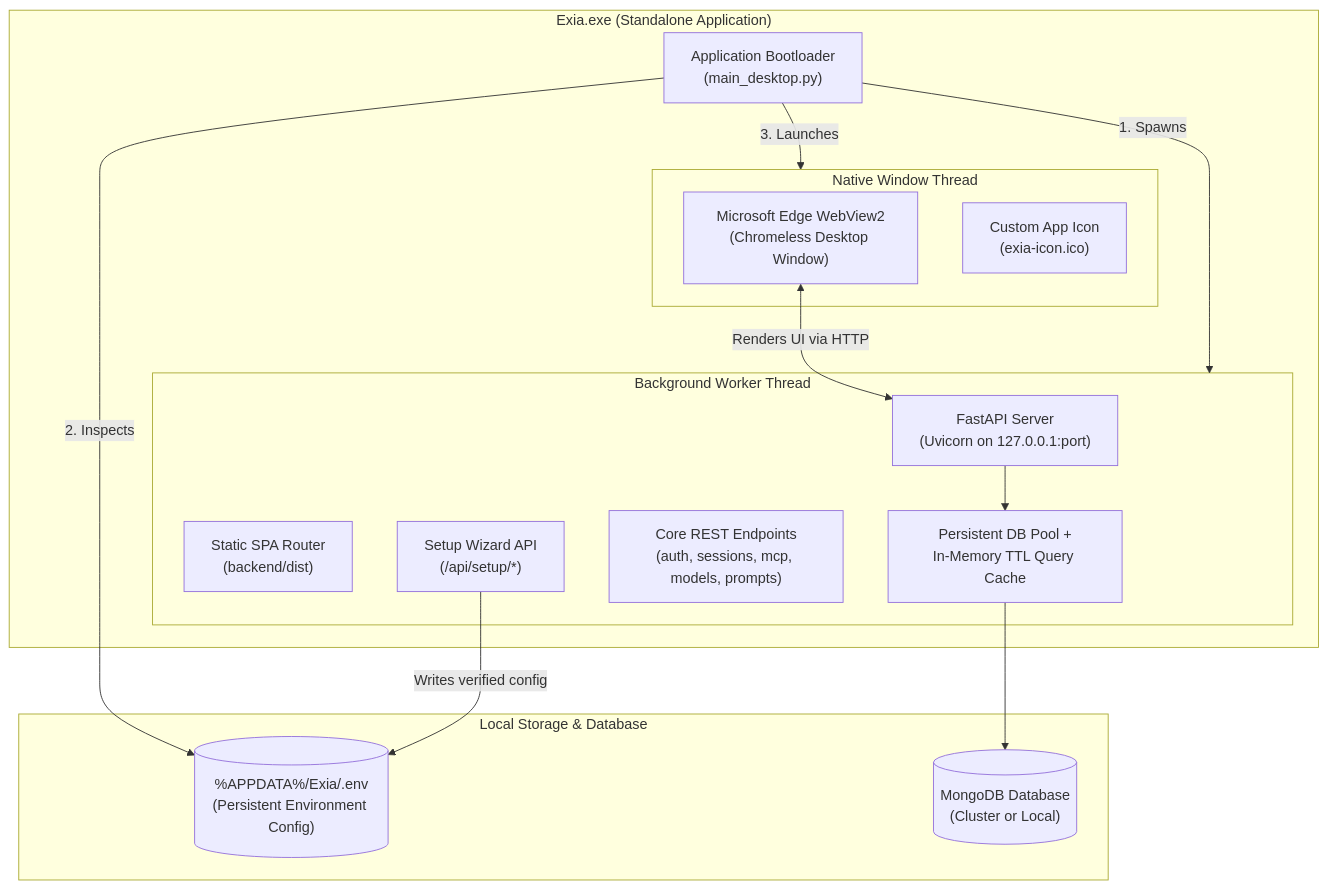
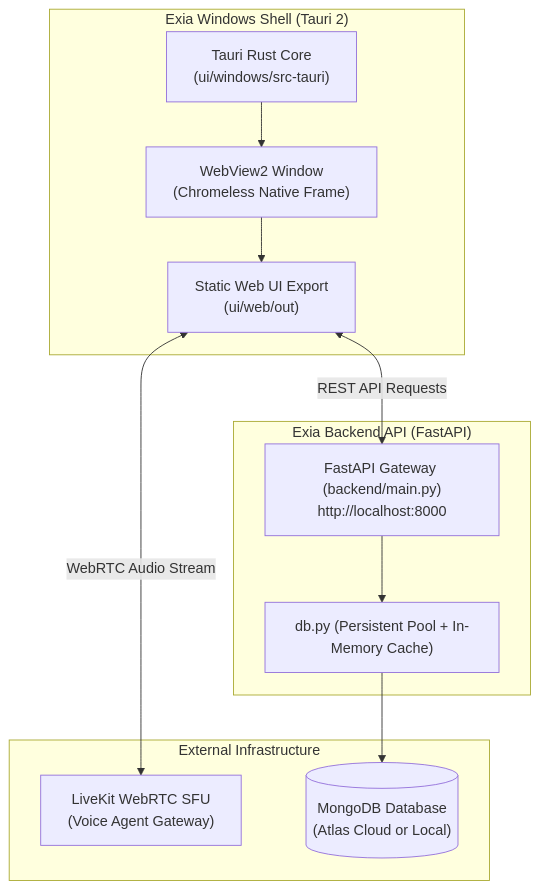
Before and after one commit to arpanchakraborty23/Exia: the diagram in docs/desktop-architecture.md, drawn with Mermaid. The commit also changed other lines of this file and 23 other files, not shown here.

First line of the commit message:
Remove desktop-specific files and update environment handling

````diff
--- a/docs/desktop-architecture.md
+++ b/docs/desktop-architecture.md
@@ -11,32 +11,25 @@
 ```mermaid
 flowchart TD
-    subgraph Executable ["Exia.exe (Standalone Application)"]
-        Launcher["Application Bootloader<br/>(main_desktop.py)"]
-        
-        subgraph ServerThread ["Background Worker Thread"]
-            FastAPIServer["FastAPI Server<br/>(Uvicorn on 127.0.0.1:port)"]
-            StaticRouter["Static SPA Router<br/>(backend/dist)"]
-            SetupRouter["Setup Wizard API<br/>(/api/setup/*)"]
-            AppRoutes["Core REST Endpoints<br/>(auth, sessions, mcp, models, prompts)"]
-            DBCache["Persistent DB Pool +<br/>In-Memory TTL Query Cache"]
-        end
-        
-        subgraph NativeUI ["Native Window Thread"]
-            WebView2["Microsoft Edge WebView2<br/>(Chromeless Desktop Window)"]
-            WindowIcon["Custom App Icon<br/>(exia-icon.ico)"]
-        end
+    subgraph DesktopApp ["Exia Windows Shell (Tauri 2)"]
+        RustCore["Tauri Rust Core<br/>(ui/windows/src-tauri)"]
+        NativeWindow["WebView2 Window<br/>(Chromeless Native Frame)"]
+        WebFrontend["Static Web UI Export<br/>(ui/web/out)"]
     end
 
-    subgraph ExternalStorage ["Local Storage & Database"]
-        AppData[("%APPDATA%/Exia/.env<br/>(Persistent Environment Config)")]
-        MongoDB[("MongoDB Database<br/>(Cluster or Local)")]
+    subgraph BackendEngine ["Exia Backend API (FastAPI)"]
+        FastAPIServer["FastAPI Gateway (backend/main.py)<br/>http://localhost:8000"]
+        DBLayer["db.py (Persistent Pool + In-Memory Cache)"]
     end
 
-    Launcher -->|1. Spawns| ServerThread
-    Launcher -->|2. Inspects| AppData
-    Launcher -->|3. Launches| NativeUI
-    FastAPIServer --> DBCache
-    DBCache --> MongoDB
-    SetupRouter -->|Writes verified config| AppData
-    WebView2 <-->|Renders UI via HTTP| FastAPIServer
+    subgraph ExternalServices ["External Infrastructure"]
+        LiveKitSFU["LiveKit WebRTC SFU<br/>(Voice Agent Gateway)"]
+        MongoDB[("MongoDB Database<br/>(Atlas Cloud or Local)")]
+    end
+
+    RustCore --> NativeWindow
+    NativeWindow --> WebFrontend
+    WebFrontend <-->|REST API Requests| FastAPIServer
+    WebFrontend <-->|WebRTC Audio Stream| LiveKitSFU
+    FastAPIServer --> DBLayer
+    DBLayer --> MongoDB
 ```
````
